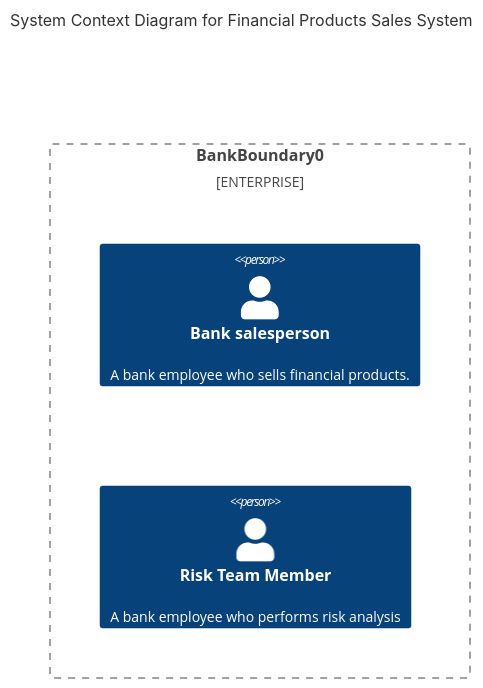
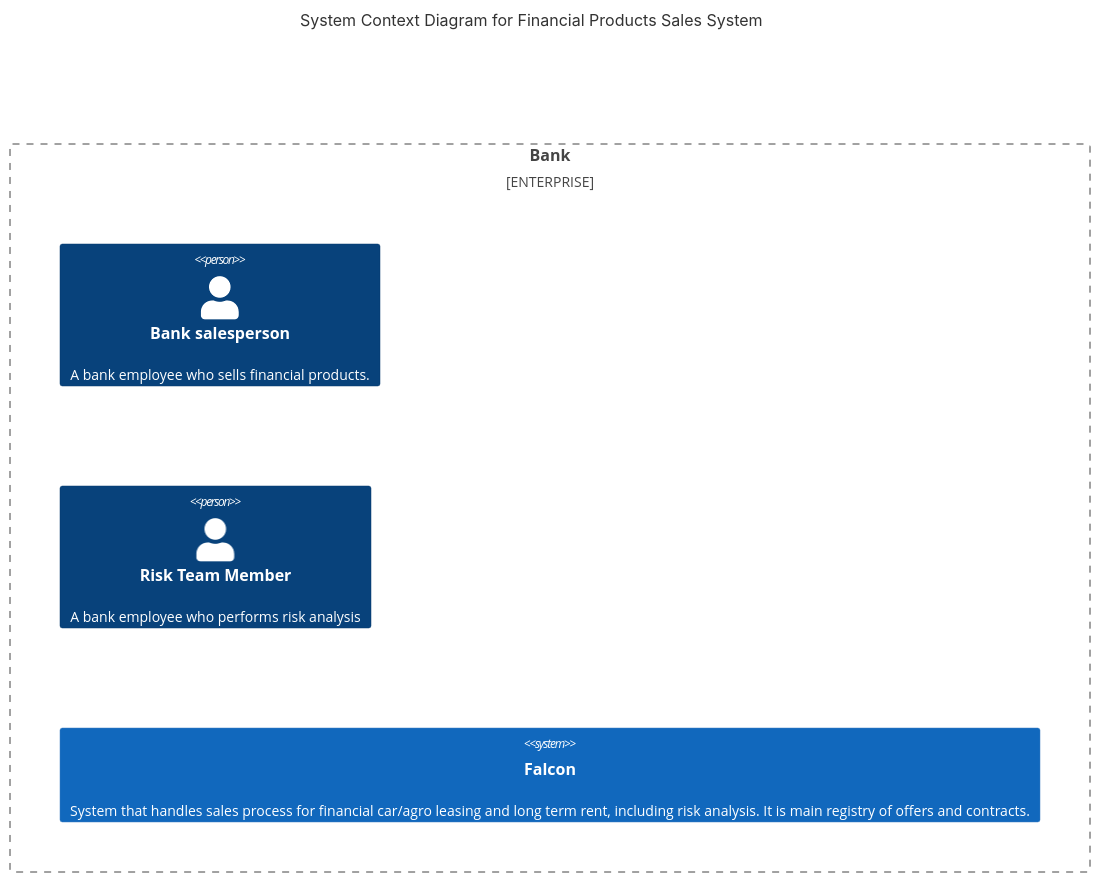
Before and after one commit to wojteksuwala/arch-docs-demo: the first of 2 diagrams in README.md, drawn with Mermaid.

````diff
--- a/README.md
+++ b/README.md
@@ -6,8 +6,10 @@
 ```mermaid
     C4Context
         title System Context Diagram for Financial Products Sales System
-        Enterprise_Boundary(b0, "BankBoundary0") {
+        Enterprise_Boundary(b0, "Bank") {
             Person(bankSalesPerson, "Bank salesperson", "A bank employee who sells financial products.")
             Person(riskTeamPerson, "Risk Team Member", "A bank employee who performs risk analysis")
+
+            System(falconSystem, "Falcon", "System that handles sales process for financial car/agro leasing and long term rent, including risk analysis. It is main registry of offers and contracts.")
         }
 ```
````
